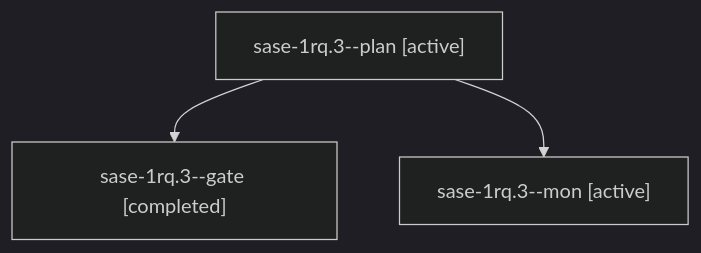
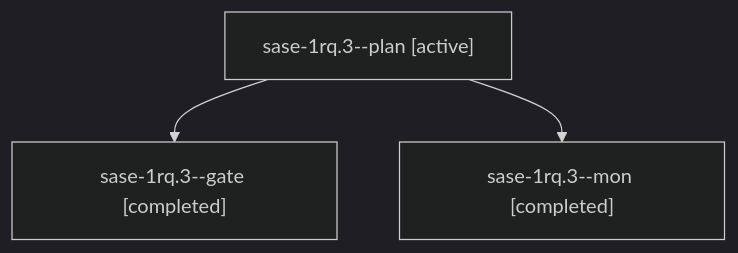
The diagram in sessions/bbugyi200.athena.sase-1rq.3.md (sase-org/sase--agents), drawn with Mermaid (dark theme) before and after one commit. The commit also changed other lines of this file and 104 other files, not shown here.

````diff
--- a/sessions/bbugyi200.athena.sase-1rq.3.md
+++ b/sessions/bbugyi200.athena.sase-1rq.3.md
@@ -9,8 +9,8 @@
 ```mermaid
 flowchart TD
   n0["sase-1rq.3--plan [active]"]
   n1["sase-1rq.3--gate [completed]"]
   n0 --> n1
-  n2["sase-1rq.3--mon [active]"]
+  n2["sase-1rq.3--mon [completed]"]
   n0 --> n2
 ```
````
